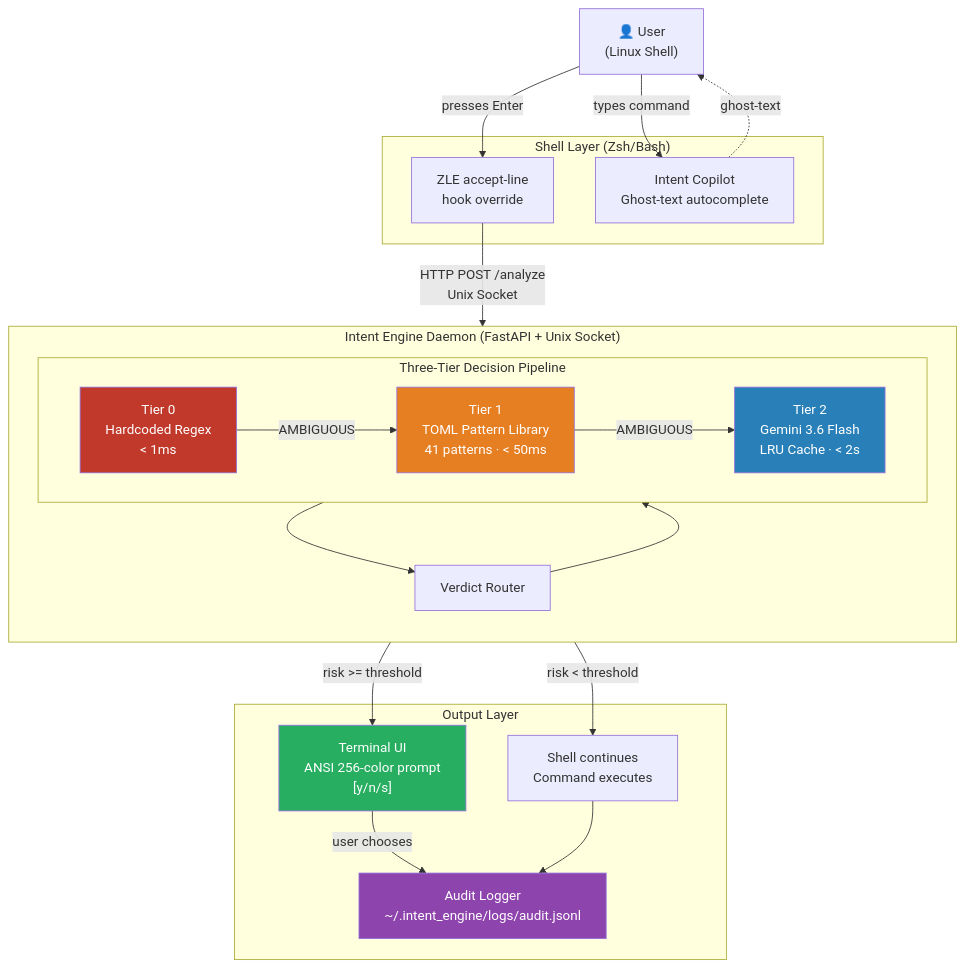
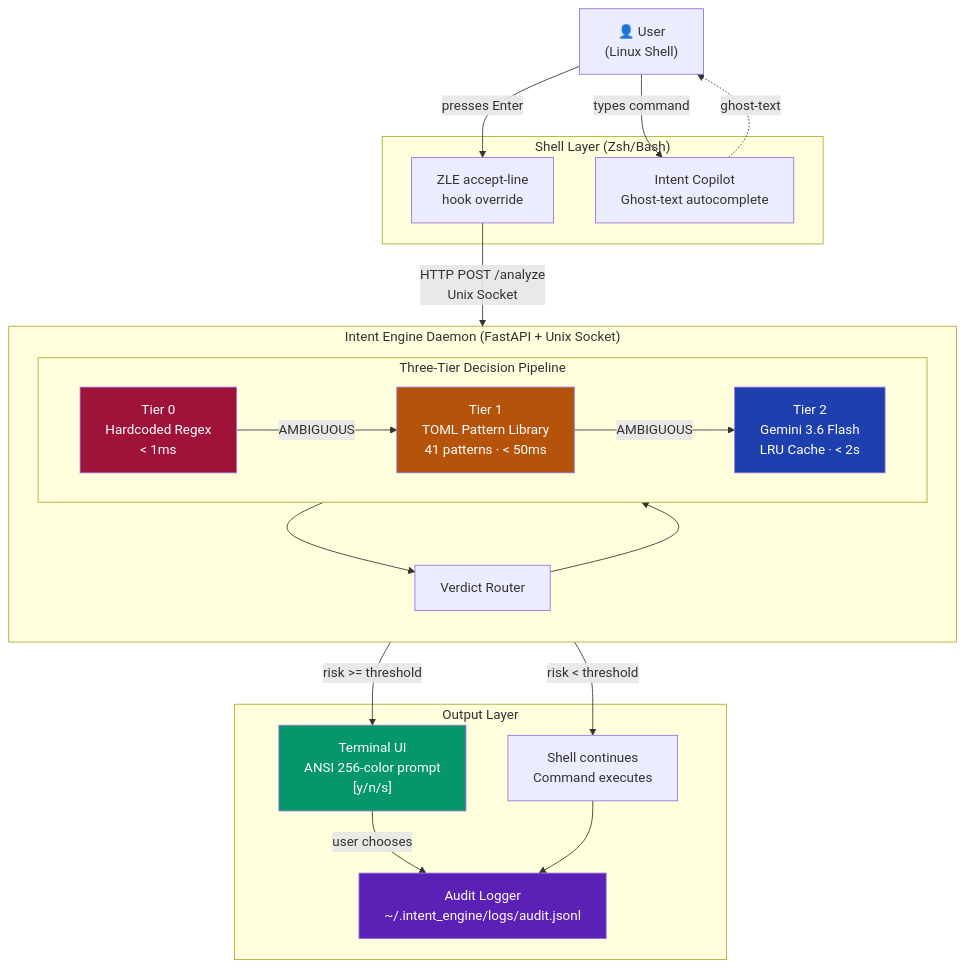
One commit to OliveishPraveen/AI-Based-System-Intent-Engine changed the first of 9 diagrams in docs/ARCHITECTURE.md. Above: the diagram before and after it, drawn with Mermaid. The commit also changed other lines of this file and 2 other files, not shown here.

Commit message:
docs: Fix mermaid gantt chart parsing and improve color aesthetics

````diff
--- a/docs/ARCHITECTURE.md
+++ b/docs/ARCHITECTURE.md
@@ -5,46 +5,46 @@
 ```mermaid
 graph TB
     User["👤 User<br/>(Linux Shell)"]
 
     subgraph Shell["Shell Layer (Zsh/Bash)"]
         ZSH["ZLE accept-line<br/>hook override"]
         AC["Intent Copilot<br/>Ghost-text autocomplete"]
     end
 
     subgraph Daemon["Intent Engine Daemon (FastAPI + Unix Socket)"]
         direction TB
         Router["Verdict Router"]
 
         subgraph Pipeline["Three-Tier Decision Pipeline"]
             T0["Tier 0<br/>Hardcoded Regex<br/>< 1ms"]
             T1["Tier 1<br/>TOML Pattern Library<br/>41 patterns · < 50ms"]
             T2["Tier 2<br/>Gemini 3.6 Flash<br/>LRU Cache · < 2s"]
         end
 
         T0 -->|"AMBIGUOUS"| T1
         T1 -->|"AMBIGUOUS"| T2
     end
 
     subgraph Output["Output Layer"]
         UI["Terminal UI<br/>ANSI 256-color prompt<br/>[y/n/s]"]
         Audit["Audit Logger<br/>~/.intent_engine/logs/audit.jsonl"]
         Allow["Shell continues<br/>Command executes"]
     end
 
     User -->|"types command"| AC
     AC -.->|"ghost-text"| User
     User -->|"presses Enter"| ZSH
     ZSH -->|"HTTP POST /analyze<br/>Unix Socket"| Router
     Router --> Pipeline
     Pipeline --> Router
     Router -->|"risk >= threshold"| UI
     Router -->|"risk < threshold"| Allow
     UI -->|"user chooses"| Audit
     Allow --> Audit
 
-    style T0 fill:#c0392b,color:#fff
-    style T1 fill:#e67e22,color:#fff
-    style T2 fill:#2980b9,color:#fff
-    style UI fill:#27ae60,color:#fff
-    style Audit fill:#8e44ad,color:#fff
+    style T0 fill:#9f1239,color:#fff
+    style T1 fill:#b45309,color:#fff
+    style T2 fill:#1e40af,color:#fff
+    style UI fill:#059669,color:#fff
+    style Audit fill:#5b21b6,color:#fff
 ```
````
